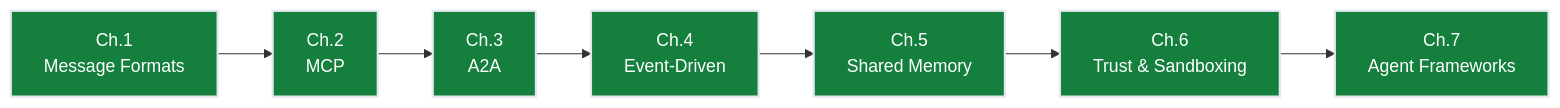
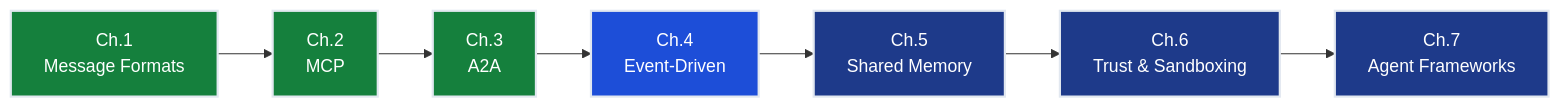
The diagram in notes/multi_agent_ai/event_driven_agents/README.md (deepakshamsft/ai-portfolio), drawn with Mermaid before and after one commit. The commit also changed other lines of this file and 44 other files, not shown here.

````diff
--- a/notes/multi_agent_ai/event_driven_agents/README.md
+++ b/notes/multi_agent_ai/event_driven_agents/README.md
@@ -325,14 +433,14 @@
 ```mermaid
 graph LR
     Ch1["Ch.1\nMessage Formats"]:::done
     Ch2["Ch.2\nMCP"]:::done
     Ch3["Ch.3\nA2A"]:::done
-    Ch4["Ch.4\nEvent-Driven"]:::done
-    Ch5["Ch.5\nShared Memory"]:::done
-    Ch6["Ch.6\nTrust & Sandboxing"]:::done
-    Ch7["Ch.7\nAgent Frameworks"]:::done
+    Ch4["Ch.4\nEvent-Driven"]:::current
+    Ch5["Ch.5\nShared Memory"]:::upcoming
+    Ch6["Ch.6\nTrust & Sandboxing"]:::upcoming
+    Ch7["Ch.7\nAgent Frameworks"]:::upcoming
     Ch1 --> Ch2 --> Ch3 --> Ch4 --> Ch5 --> Ch6 --> Ch7
     classDef done fill:#15803d,stroke:#e2e8f0,stroke-width:2px,color:#ffffff
     classDef current fill:#1d4ed8,stroke:#e2e8f0,stroke-width:2px,color:#ffffff
     classDef upcoming fill:#1e3a8a,stroke:#e2e8f0,stroke-width:2px,color:#ffffff
 ```
````
